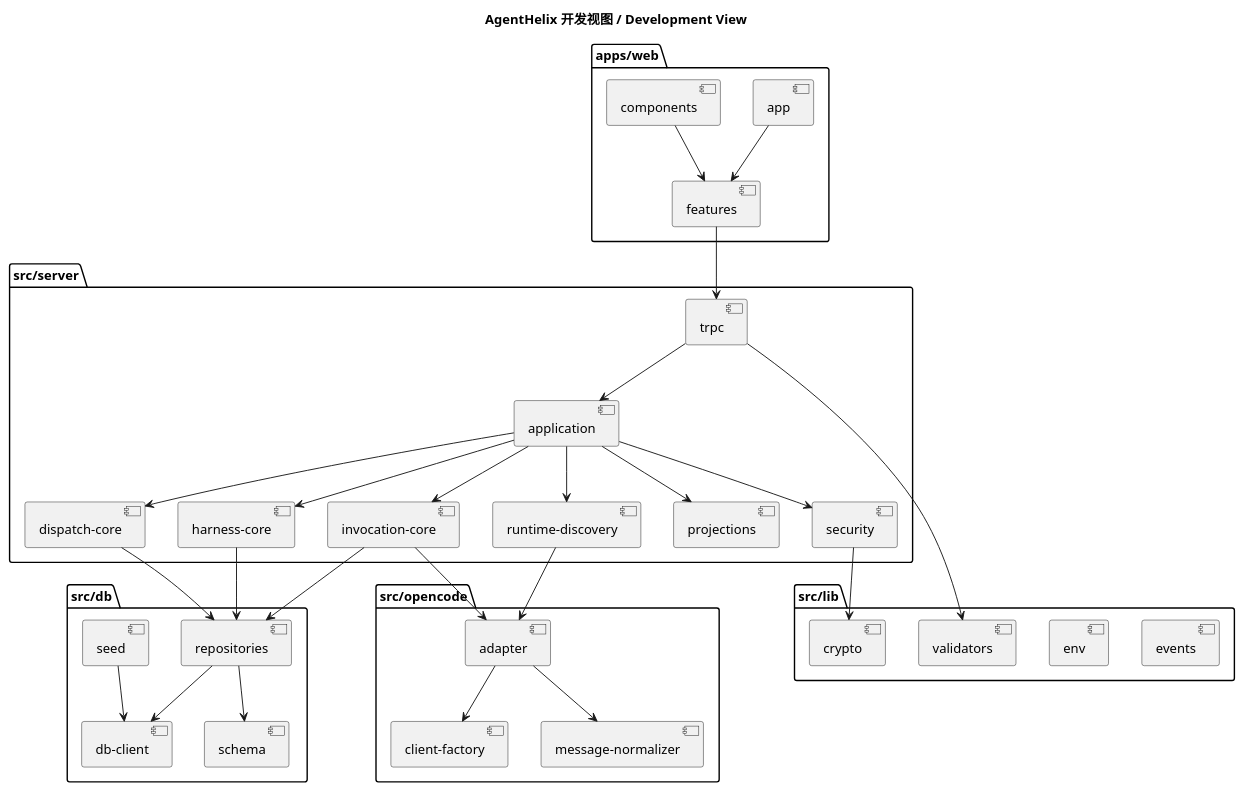
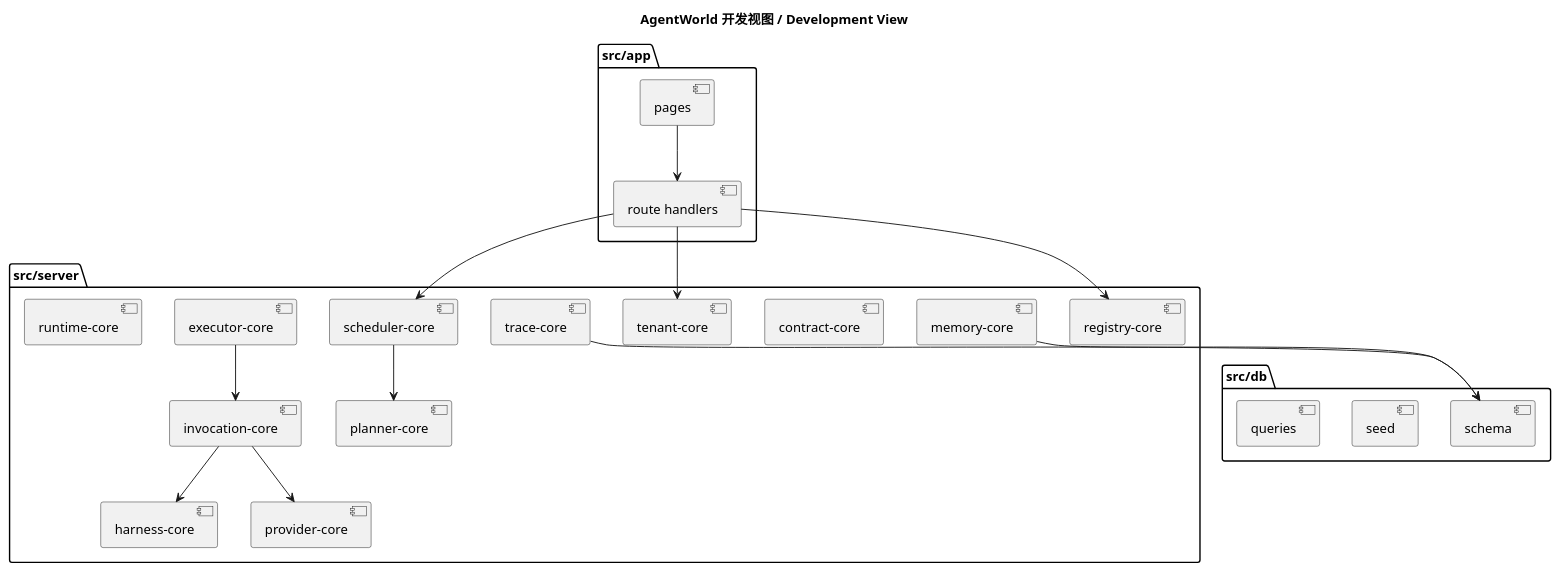
One commit to SimonMing47/agent-world changed the third of 7 diagrams in docs/detailed-design.zh-CN.md. Above: the diagram before and after it, drawn with PlantUML. The commit also changed other lines of this file and 3 other files, not shown here.

````diff
--- a/docs/detailed-design.zh-CN.md
+++ b/docs/detailed-design.zh-CN.md
@@ -1192,66 +976,43 @@
 ```plantuml
 @startuml
-title AgentHelix 开发视图 / Development View
+title AgentWorld 开发视图 / Development View
 
-package "apps/web" {
-  [app]
-  [components]
-  [features]
+package "src/app" {
+  [pages]
+  [route handlers]
 }
 
 package "src/server" {
-  [trpc]
-  [application]
-  [dispatch-core]
+  [tenant-core]
+  [registry-core]
+  [contract-core]
+  [scheduler-core]
+  [planner-core]
+  [executor-core]
+  [invocation-core]
   [harness-core]
-  [invocation-core]
-  [runtime-discovery]
-  [projections]
-  [security]
+  [memory-core]
+  [trace-core]
+  [provider-core]
+  [runtime-core]
 }
 
 package "src/db" {
   [schema]
-  [repositories]
-  [db-client]
   [seed]
+  [queries]
 }
 
-package "src/opencode" {
-  [adapter]
-  [client-factory]
-  [message-normalizer]
-}
-
-package "src/lib" {
-  [events]
-  [env]
-  [crypto]
-  [validators]
-}
-
-[app] --> [features]
-[features] --> [trpc]
-[components] --> [features]
-[trpc] --> [application]
-[application] --> [dispatch-core]
-[application] --> [harness-core]
-[application] --> [invocation-core]
-[application] --> [runtime-discovery]
-[application] --> [projections]
-[dispatch-core] --> [repositories]
-[harness-core] --> [repositories]
-[invocation-core] --> [repositories]
-[runtime-discovery] --> [adapter]
-[invocation-core] --> [adapter]
-[adapter] --> [client-factory]
-[adapter] --> [message-normalizer]
-[repositories] --> [schema]
-[repositories] --> [db-client]
-[application] --> [security]
-[security] --> [crypto]
-[trpc] --> [validators]
-[seed] --> [db-client]
+[pages] --> [route handlers]
+[route handlers] --> [tenant-core]
+[route handlers] --> [registry-core]
+[route handlers] --> [scheduler-core]
+[scheduler-core] --> [planner-core]
+[executor-core] --> [invocation-core]
+[invocation-core] --> [harness-core]
+[invocation-core] --> [provider-core]
+[memory-core] --> [schema]
+[trace-core] --> [schema]
 
 @enduml
 ```
````
